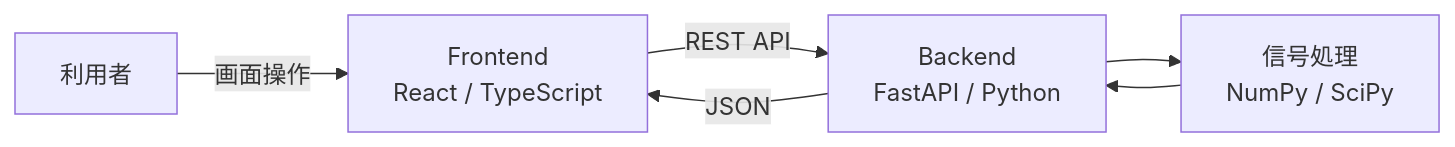
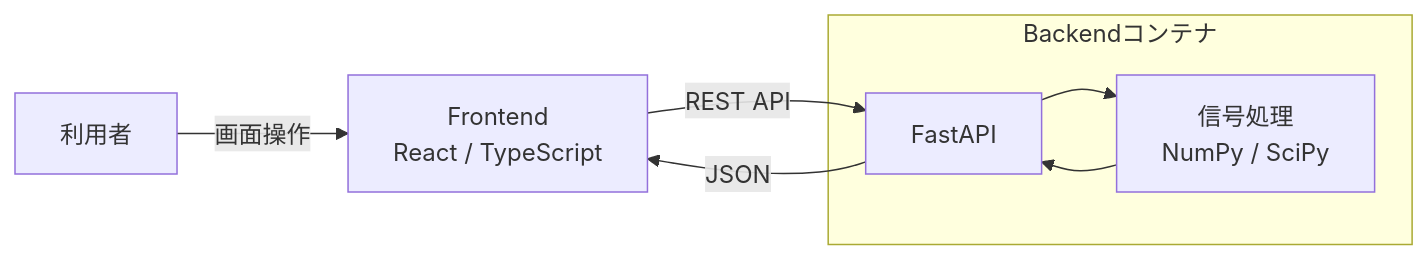
The first of 5 diagrams in doc/02_システム構成.md (ryoma-1999/eeg-analysis-platform), drawn with Mermaid before and after one commit.

Commit message:
信号処理をBackendコンテナ内に明記

````diff
--- a/doc/02_システム構成.md
+++ b/doc/02_システム構成.md
@@ -35,13 +35,16 @@
 ```mermaid
 flowchart LR
     U["利用者"]
     F["Frontend<br>React / TypeScript"]
-    B["Backend<br>FastAPI / Python"]
-    S["信号処理<br>NumPy / SciPy"]
+
+    subgraph B["Backendコンテナ"]
+        A["FastAPI"]
+        S["信号処理<br>NumPy / SciPy"]
+        A --> S
+        S --> A
+    end
 
     U -->|"画面操作"| F
-    F -->|"REST API"| B
-    B --> S
-    S --> B
-    B -->|"JSON"| F
+    F -->|"REST API"| A
+    A -->|"JSON"| F
 ```
````
